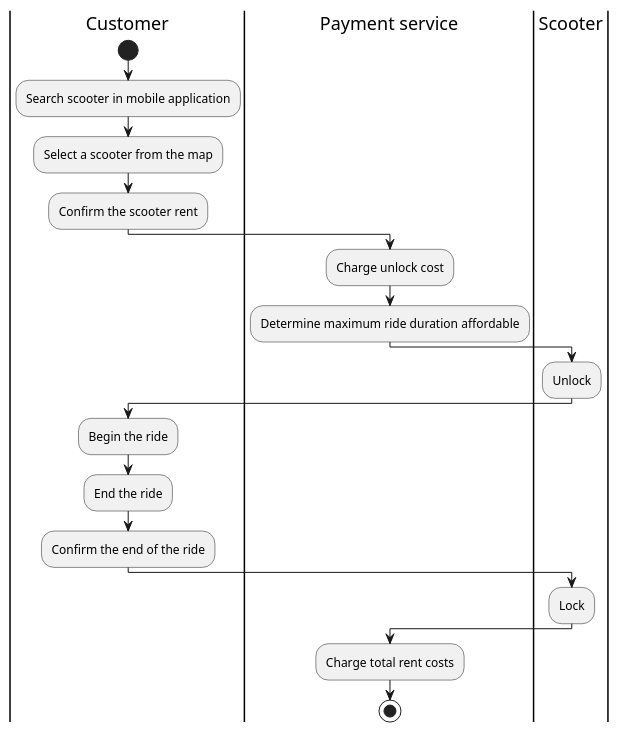
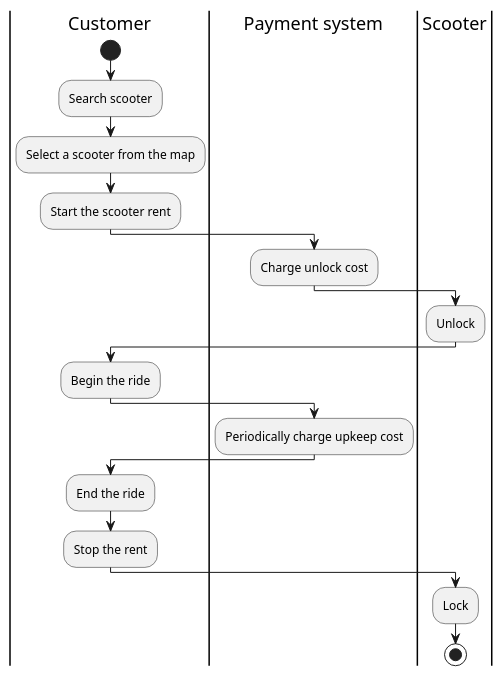
The diagram in requirement-analysis/user-stories.md (e-scooter-2077/documentation), drawn with PlantUML before and after one commit. The commit also changed other lines of this file, not shown here.

Commit message:
Correct renting process activity diagram

````diff
--- a/requirement-analysis/user-stories.md
+++ b/requirement-analysis/user-stories.md
@@ -43,23 +43,23 @@
 ```plantuml
 @startuml
 |Customer|
 start
-:Search scooter in mobile application;
+:Search scooter;
 :Select a scooter from the map;
-:Confirm the scooter rent;
-|Payment service|
+:Start the scooter rent;
+|Payment system|
 :Charge unlock cost;
-:Determine maximum ride duration affordable;
 |Scooter|
 :Unlock;
 |Customer|
 :Begin the ride;
+|Payment system|
+:Periodically charge upkeep cost;
+|Customer|
 :End the ride;
-:Confirm the end of the ride;
+:Stop the rent;
 |Scooter|
 :Lock;
-|Payment service|
-:Charge total rent costs;
 stop
 @enduml
 ```
````
